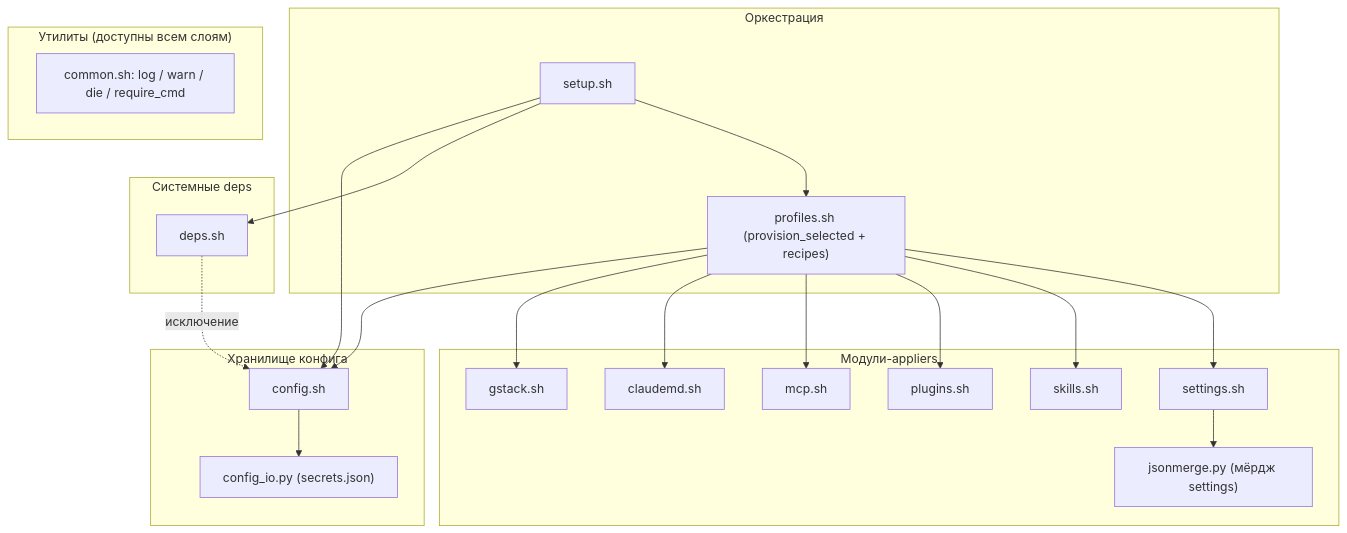
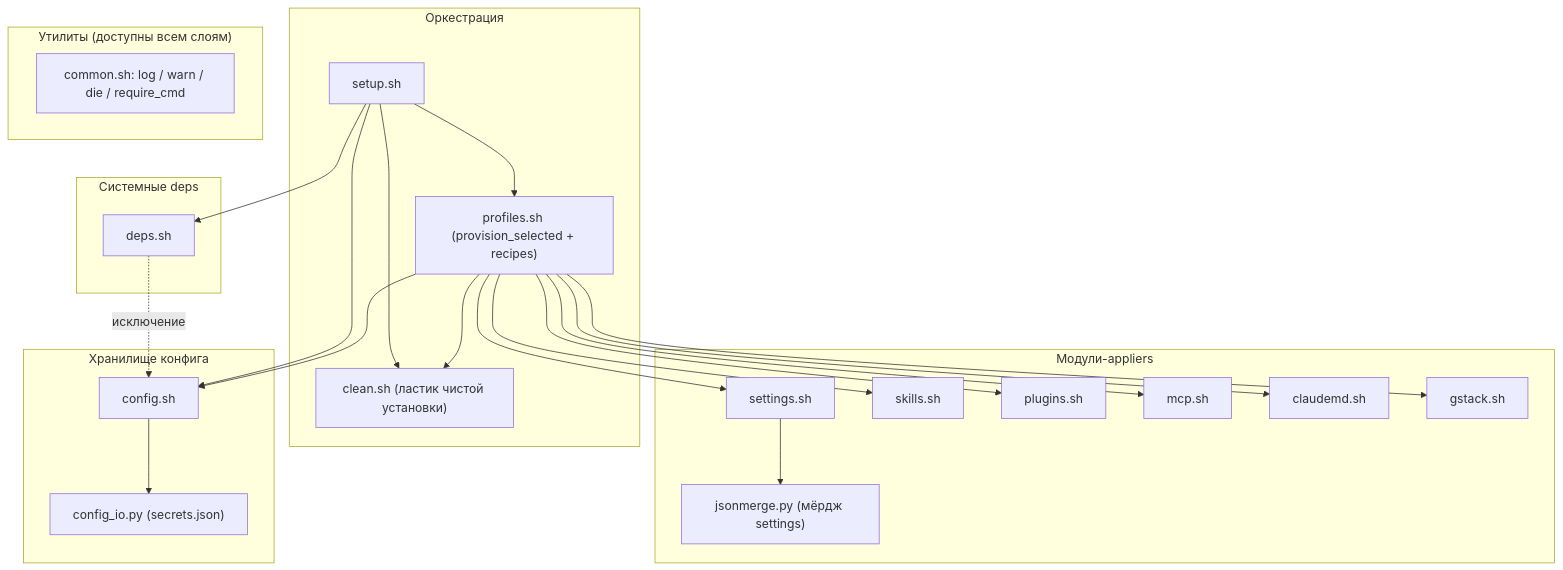
Before and after one commit to stpntkhnv/claudefiles: the first of 4 diagrams in docs/architecture.md, drawn with Mermaid. The commit also changed other lines of this file and 3 other files, not shown here.

````diff
--- a/docs/architecture.md
+++ b/docs/architecture.md
@@ -9,36 +9,39 @@
 ```mermaid
 flowchart TD
   subgraph orch["Оркестрация"]
     setup["setup.sh"]
     prof["profiles.sh (provision_selected + recipes)"]
+    cleanm["clean.sh (ластик чистой установки)"]
   end
   subgraph sysdeps["Системные deps"]
     deps["deps.sh"]
   end
   subgraph appliers["Модули-appliers"]
     settings["settings.sh"]
     jsonmerge["jsonmerge.py (мёрдж settings)"]
     skills["skills.sh"]
     plugins["plugins.sh"]
     mcp["mcp.sh"]
     claudemd["claudemd.sh"]
     gstack["gstack.sh"]
   end
   subgraph cfg["Хранилище конфига"]
     config["config.sh"]
     configio["config_io.py (secrets.json)"]
   end
   subgraph util["Утилиты (доступны всем слоям)"]
     common["common.sh: log / warn / die / require_cmd"]
   end
 
   setup --> prof
   setup --> deps
   setup --> config
+  setup --> cleanm
   prof --> settings & skills & plugins & mcp & claudemd
   prof --> gstack
+  prof --> cleanm
   settings --> jsonmerge
   prof --> config
   config --> configio
   deps -.->|исключение| config
 ```
````
